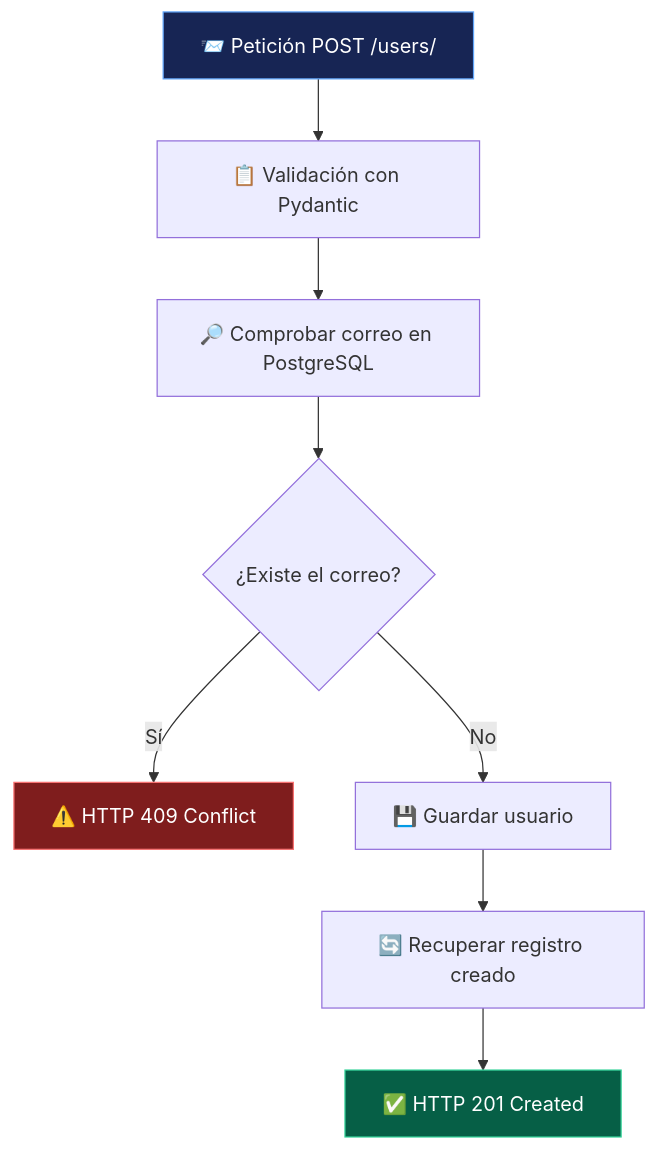
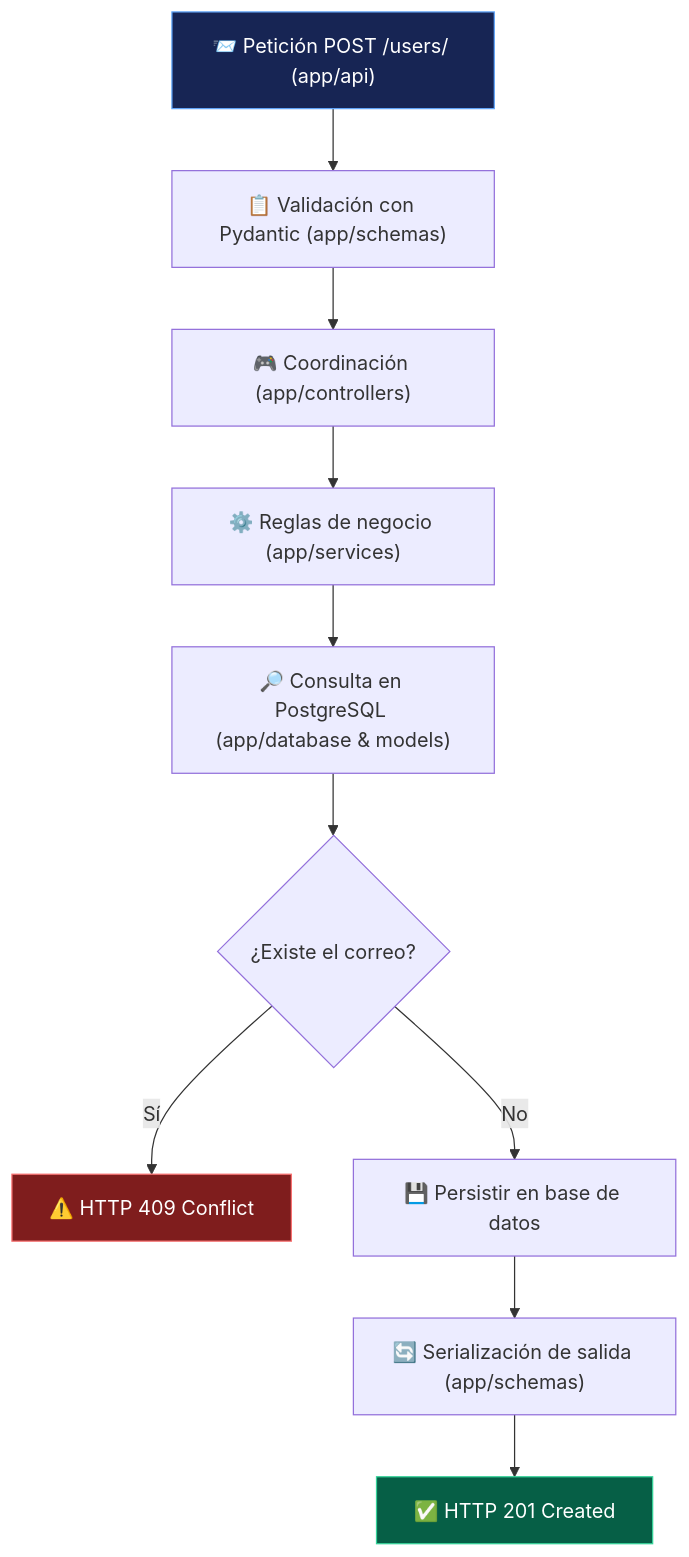
The diagram in README.md (apariciodiazpatricia-cell/api-usuarios), drawn with Mermaid before and after one commit. The commit also changed other lines of this file, not shown here.

First line of the commit message:
docs: update architecture overview and layer responsibilities in README

````diff
--- a/README.md
+++ b/README.md
@@ -61,14 +61,16 @@
 ```mermaid
 flowchart TD
-    A["📨 Petición POST /users/"] --> B["📋 Validación con Pydantic"]
-    B --> C["🔎 Comprobar correo en PostgreSQL"]
-    C --> D{"¿Existe el correo?"}
-    D -->|Sí| E["⚠️ HTTP 409 Conflict"]
-    D -->|No| F["💾 Guardar usuario"]
-    F --> G["🔄 Recuperar registro creado"]
-    G --> H["✅ HTTP 201 Created"]
+    A["📨 Petición POST /users/ (app/api)"] --> B["📋 Validación con Pydantic (app/schemas)"]
+    B --> C["🎮 Coordinación (app/controllers)"]
+    C --> D["⚙️ Reglas de negocio (app/services)"]
+    D --> E["🔎 Consulta en PostgreSQL (app/database & models)"]
+    E --> F{"¿Existe el correo?"}
+    F -->|Sí| G["⚠️ HTTP 409 Conflict"]
+    F -->|No| H["💾 Persistir en base de datos"]
+    H --> I["🔄 Serialización de salida (app/schemas)"]
+    I --> J["✅ HTTP 201 Created"]
 
     style A fill:#172554,color:#fff,stroke:#60a5fa
-    style E fill:#7f1d1d,color:#fff,stroke:#f87171
-    style H fill:#065f46,color:#fff,stroke:#34d399
+    style G fill:#7f1d1d,color:#fff,stroke:#f87171
+    style J fill:#065f46,color:#fff,stroke:#34d399
 ```
````
